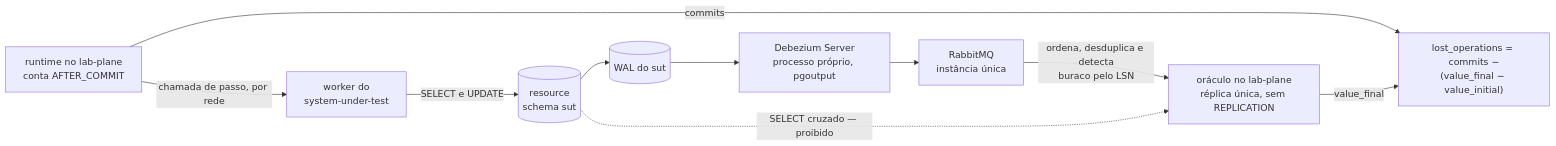
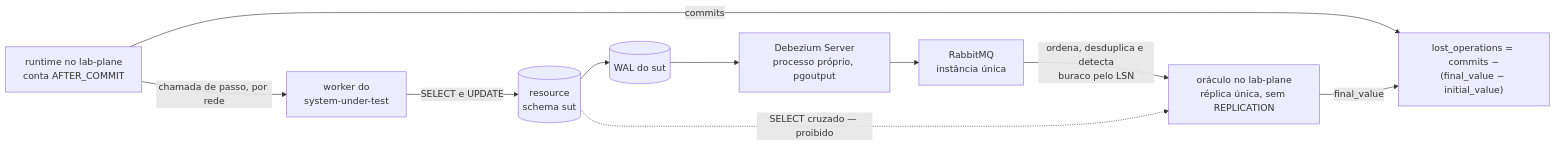
Before and after one commit to da0hn/distributed-systems-experiment-lab: the diagram in docs/features/deteccao-de-atualizacao-perdida/feature-card.md, drawn with Mermaid. The commit also changed other lines of this file and 24 other files, not shown here.

First line of the commit message:
docs(vocabulario): Inverte a ordem em `initial_value` e `final_value`

````diff
--- a/docs/features/deteccao-de-atualizacao-perdida/feature-card.md
+++ b/docs/features/deteccao-de-atualizacao-perdida/feature-card.md
@@ -86,18 +86,18 @@
 ```mermaid
 flowchart LR
     RT["runtime no lab-plane<br/>conta AFTER_COMMIT"]
     WK["worker do<br/>system-under-test"]
     RS[("resource<br/>schema sut")]
     WAL[("WAL do sut")]
     DS["Debezium Server<br/>processo próprio, pgoutput"]
     RB["RabbitMQ<br/>instância única"]
     OR["oráculo no lab-plane<br/>réplica única, sem REPLICATION"]
-    VD["lost_operations = commits −<br/>(value_final − value_initial)"]
+    VD["lost_operations = commits −<br/>(final_value − initial_value)"]
     RT -->|" chamada de passo, por rede "| WK
     WK -->|" SELECT e UPDATE "| RS
     RS --> WAL --> DS --> RB
     RB -->|" ordena, desduplica e detecta<br/>buraco pelo LSN "| OR
     RT -->|" commits "| VD
-    OR -->|" value_final "| VD
+    OR -->|" final_value "| VD
     RS -.->|" SELECT cruzado — proibido "| OR
 ```
````
